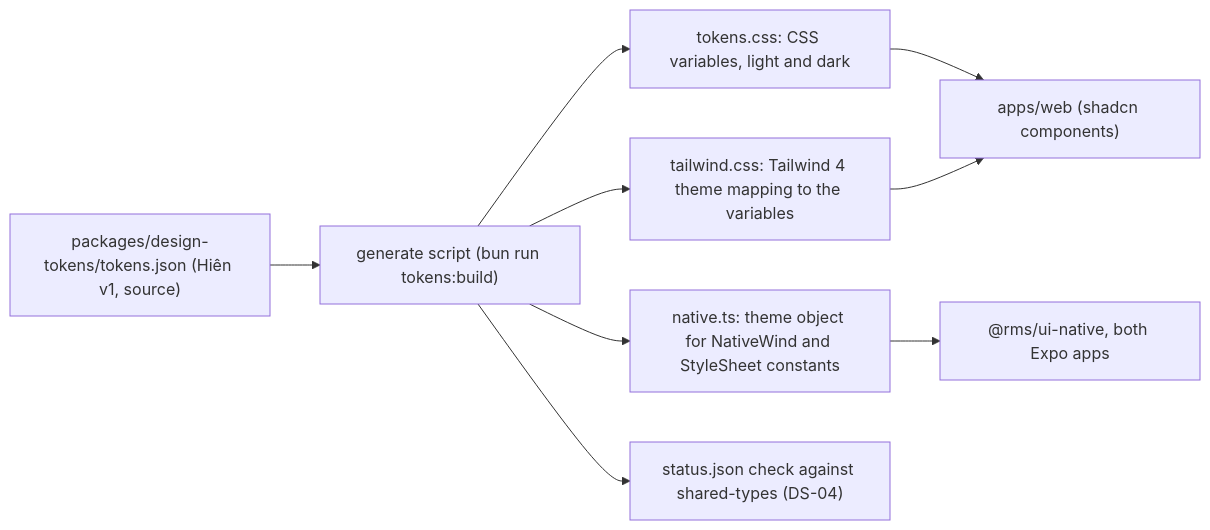
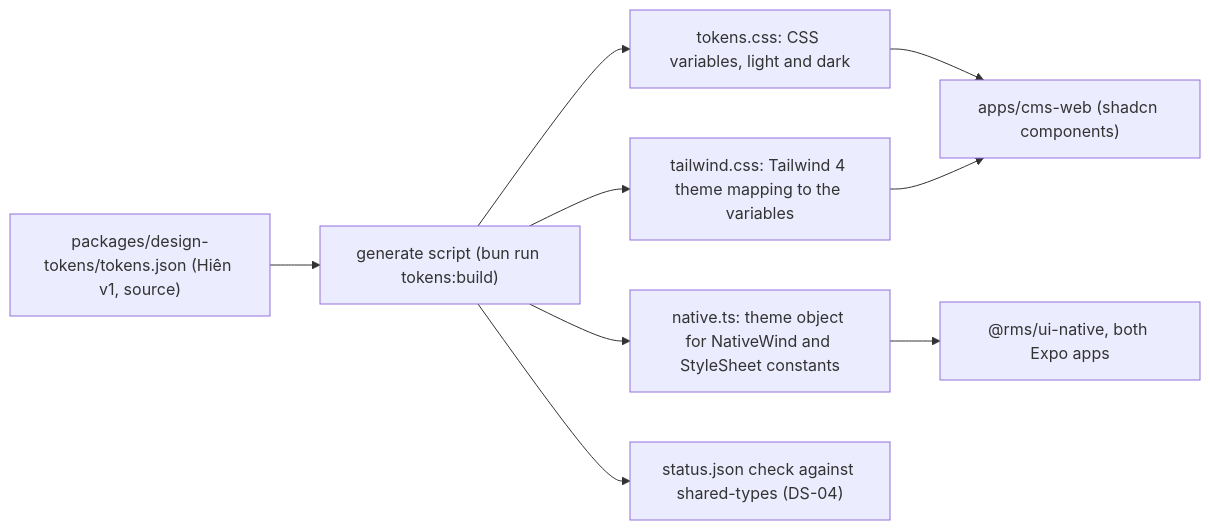
The diagram in docs/08-ux-ui/design-system.md (ninggiangboy/residential-management-system), drawn with Mermaid before and after one commit. The commit also changed other lines of this file and 29 other files, not shown here.

First line of the commit message:
refactor(repo): rename apps/web to apps/cms-web (@app/cms-web)

````diff
--- a/docs/08-ux-ui/design-system.md
+++ b/docs/08-ux-ui/design-system.md
@@ -30,11 +30,11 @@
 ```mermaid
 flowchart LR
   J["packages/design-tokens/tokens.json (Hiên v1, source)"] --> G["generate script (bun run tokens:build)"]
   G --> C["tokens.css: CSS variables, light and dark"]
   G --> T["tailwind.css: Tailwind 4 theme mapping to the variables"]
   G --> N["native.ts: theme object for NativeWind and StyleSheet constants"]
   G --> S["status.json check against shared-types (DS-04)"]
-  C --> W["apps/web (shadcn components)"]
+  C --> W["apps/cms-web (shadcn components)"]
   T --> W
   N --> M["@rms/ui-native, both Expo apps"]
 ```
````
